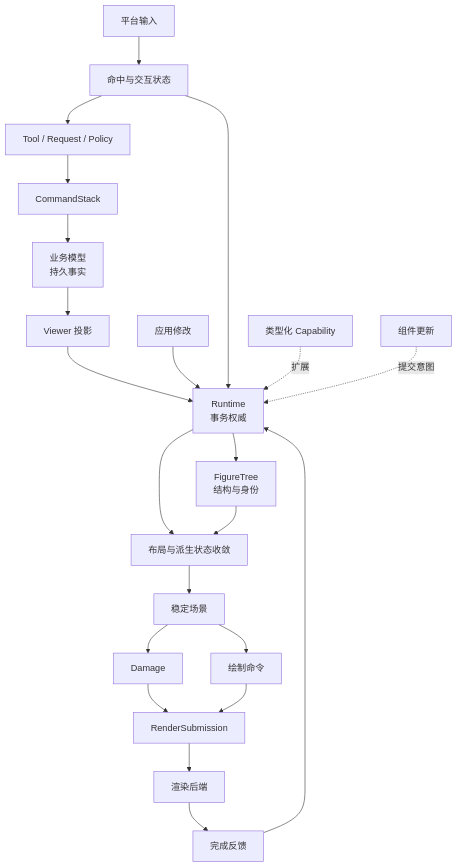
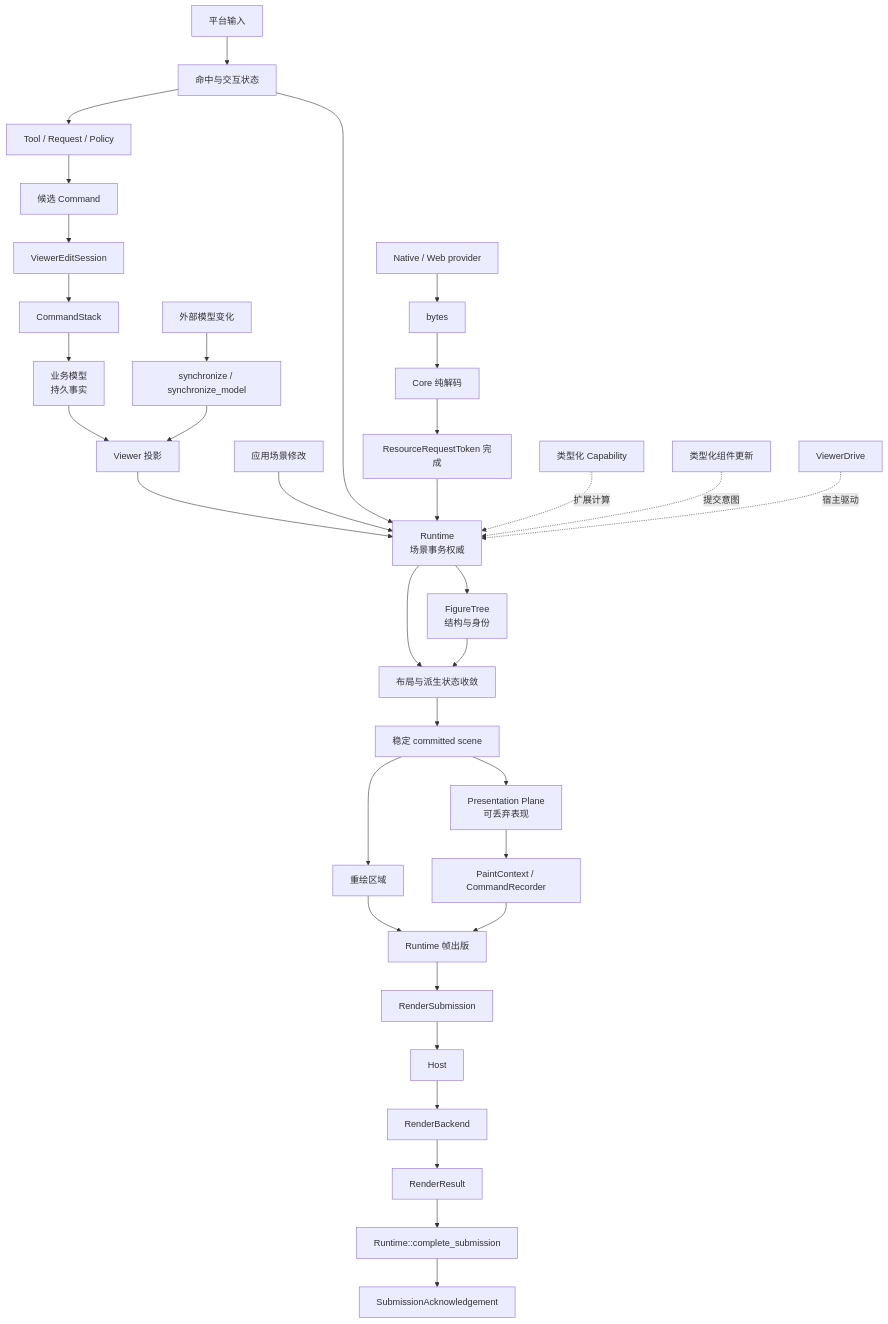
One commit to yezhang/novadraw changed the first of 5 diagrams in engine/wasm_rust/novadraw/book/internals/src/appendix-concept-map.md. Above: the diagram before and after it, drawn with Mermaid. The commit also changed other lines of this file and 19 other files, not shown here.

````diff
--- a/engine/wasm_rust/novadraw/book/internals/src/appendix-concept-map.md
+++ b/engine/wasm_rust/novadraw/book/internals/src/appendix-concept-map.md
@@ -5,28 +10,43 @@
 ```mermaid
 flowchart TD
     Model[业务模型<br/>持久事实] --> Projection[Viewer 投影]
     Input[平台输入] --> Interaction[命中与交互状态]
     Interaction --> Editing[Tool / Request / Policy]
-    Editing --> Command[CommandStack]
-    Command --> Model
+    Editing --> Command[候选 Command]
+    Command --> EditSession[ViewerEditSession]
+    EditSession --> Stack[CommandStack]
+    Stack --> Model
 
-    Projection --> Runtime[Runtime<br/>事务权威]
-    App[应用修改] --> Runtime
+    External[外部模型变化] --> Synchronize[synchronize / synchronize_model]
+    Synchronize --> Projection
+
+    Projection --> Runtime[Runtime<br/>场景事务权威]
+    App[应用场景修改] --> Runtime
     Interaction --> Runtime
 
     Runtime --> Tree[FigureTree<br/>结构与身份]
     Runtime --> Stabilize[布局与派生状态收敛]
     Tree --> Stabilize
-    Stabilize --> Stable[稳定场景]
+    Stabilize --> Stable[稳定 committed scene]
 
-    Stable --> Damage[Damage]
-    Stable --> Record[绘制命令]
-    Damage --> Submission[RenderSubmission]
-    Record --> Submission
-    Submission --> Backend[渲染后端]
-    Backend --> Completion[完成反馈]
-    Completion --> Runtime
+    Stable --> Presentation[Presentation Plane<br/>可丢弃表现]
+    Presentation --> Record[PaintContext / CommandRecorder]
+    Stable --> Damage[重绘区域]
+    Damage --> Publish[Runtime 帧出版]
+    Record --> Publish
+    Publish --> Submission[RenderSubmission]
+    Submission --> Host[Host]
+    Host --> Backend[RenderBackend]
+    Backend --> Result[RenderResult]
+    Result --> Complete[Runtime::complete_submission]
+    Complete --> Ack[SubmissionAcknowledgement]
 
-    Capability[类型化 Capability] -.扩展.-> Runtime
-    Component[组件更新] -.提交意图.-> Runtime
+    Provider[Native / Web provider] --> Bytes[bytes]
+    Bytes --> Decode[Core 纯解码]
+    Decode --> Token[ResourceRequestToken 完成]
+    Token --> Runtime
+
+    Capability[类型化 Capability] -.扩展计算.-> Runtime
+    Component[类型化组件更新] -.提交意图.-> Runtime
+    Drive[ViewerDrive] -.宿主驱动.-> Runtime
 ```
````
